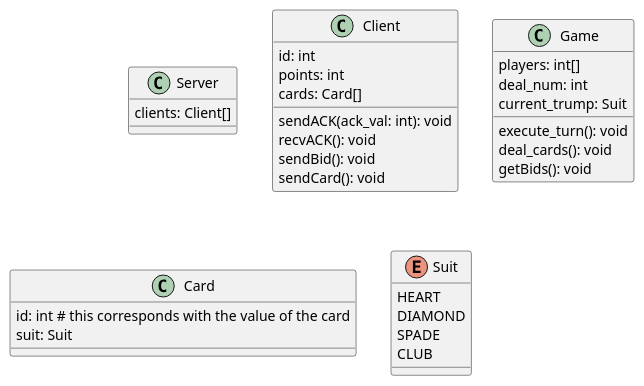
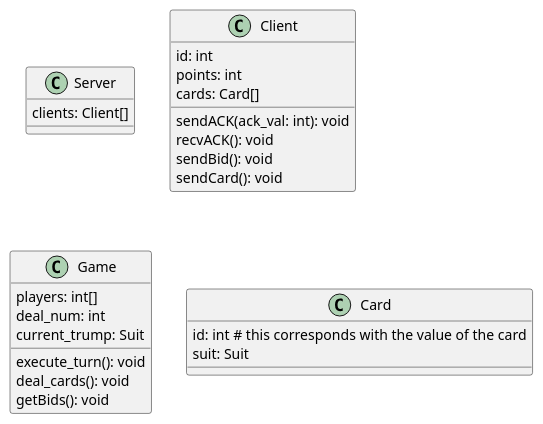
The diagram in wizard_server.puml (rhit-samsaim/CSSE432-Project), drawn with PlantUML before and after one commit. The commit also changed 8 other files, not shown here.

```diff
--- a/wizard_server.puml
+++ b/wizard_server.puml
@@ -1,40 +1,33 @@
 @startuml
 
 class Server {
 	clients: Client[]
 
 }
 
 class Client {
 	id: int
 	points: int
 	cards: Card[]
 	{method} sendACK(ack_val: int): void
 	{method} recvACK(): void
 	{method} sendBid(): void
 	{method} sendCard(): void
 
 }
 
 class Game {
 	players: int[]
 	deal_num: int
 	current_trump: Suit
 	{method} execute_turn(): void
 	{method} deal_cards(): void
 	{method} getBids(): void
 }
 
 class Card {
   id: int # this corresponds with the value of the card
 	suit: Suit
 }
 
-enum Suit {
-  HEART
-	DIAMOND
-	SPADE
-	CLUB
-}
-
 @enduml
```
